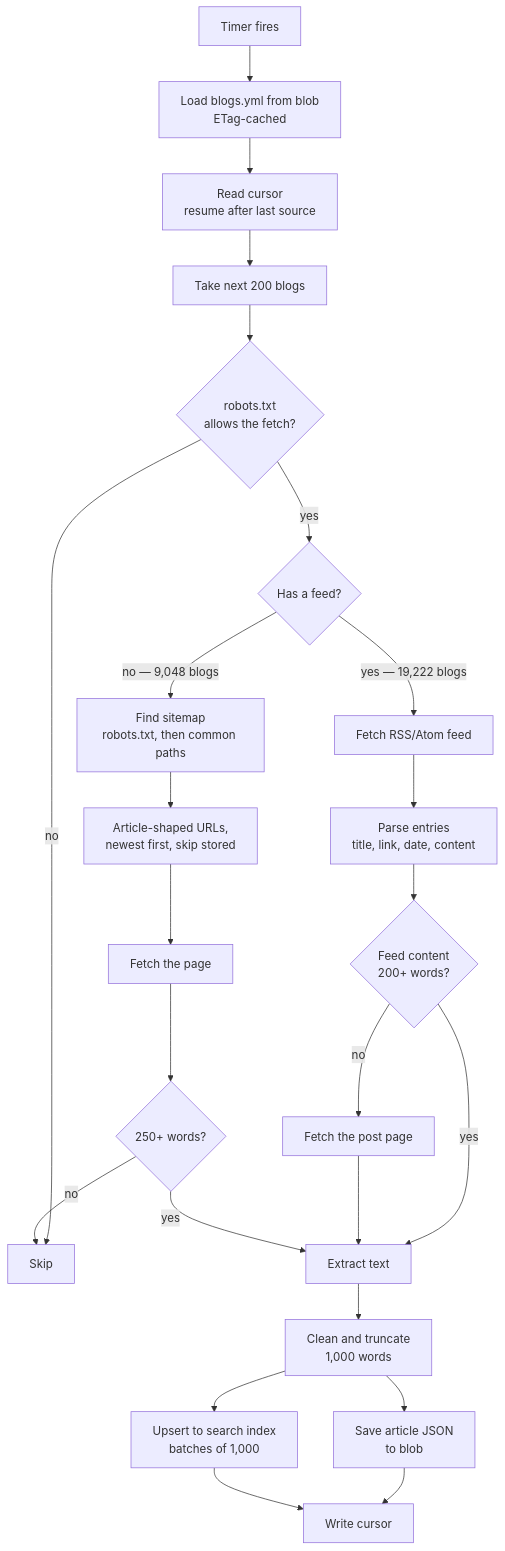
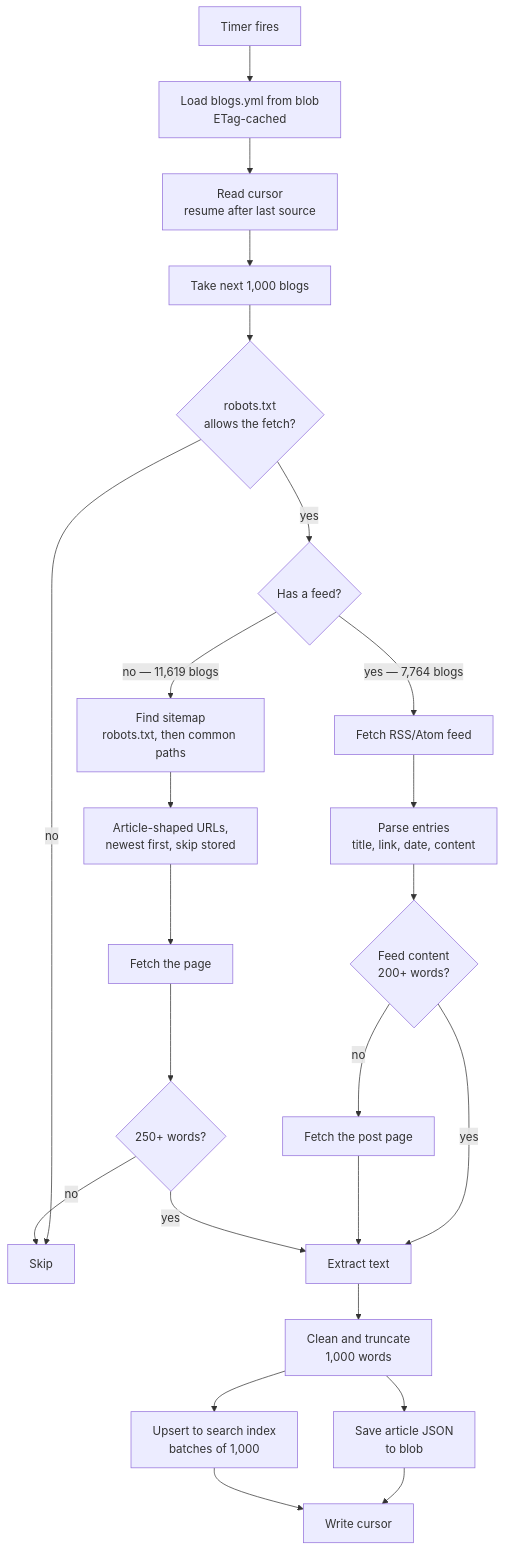
One commit to GitPaulo/blogme changed the second of 5 diagrams in docs/how-it-works.md. Above: the diagram before and after it, drawn with Mermaid. The commit also changed other lines of this file and 16 other files, not shown here.

````diff
--- a/docs/how-it-works.md
+++ b/docs/how-it-works.md
@@ -47,30 +47,30 @@
 ```mermaid
 flowchart TD
     T["Timer fires"] --> L["Load blogs.yml from blob<br/>ETag-cached"]
     L --> C["Read cursor<br/>resume after last source"]
-    C --> BATCH["Take next 200 blogs"]
+    C --> BATCH["Take next 1,000 blogs"]
 
     BATCH --> R{"robots.txt<br/>allows the fetch?"}
     R -->|no| SKIP["Skip"]
     R -->|yes| P{"Has a feed?"}
 
-    P -->|"yes — 19,222 blogs"| F["Fetch RSS/Atom feed"]
-    P -->|"no — 9,048 blogs"| M["Find sitemap<br/>robots.txt, then common paths"]
+    P -->|"yes — 7,764 blogs"| F["Fetch RSS/Atom feed"]
+    P -->|"no — 11,619 blogs"| M["Find sitemap<br/>robots.txt, then common paths"]
 
     F --> ITEMS["Parse entries<br/>title, link, date, content"]
     ITEMS --> FULL{"Feed content<br/>200+ words?"}
     FULL -->|yes| X["Extract text"]
     FULL -->|no| PAGE["Fetch the post page"] --> X
 
     M --> LINKS["Article-shaped URLs,<br/>newest first, skip stored"]
     LINKS --> FETCH["Fetch the page"]
     FETCH --> LONG{"250+ words?"}
     LONG -->|no| SKIP
     LONG -->|yes| X
 
     X --> TRUNC["Clean and truncate<br/>1,000 words"]
     TRUNC --> SAVE["Save article JSON<br/>to blob"]
     TRUNC --> IDX["Upsert to search index<br/>batches of 1,000"]
     SAVE --> CUR["Write cursor"]
     IDX --> CUR
 ```
````
